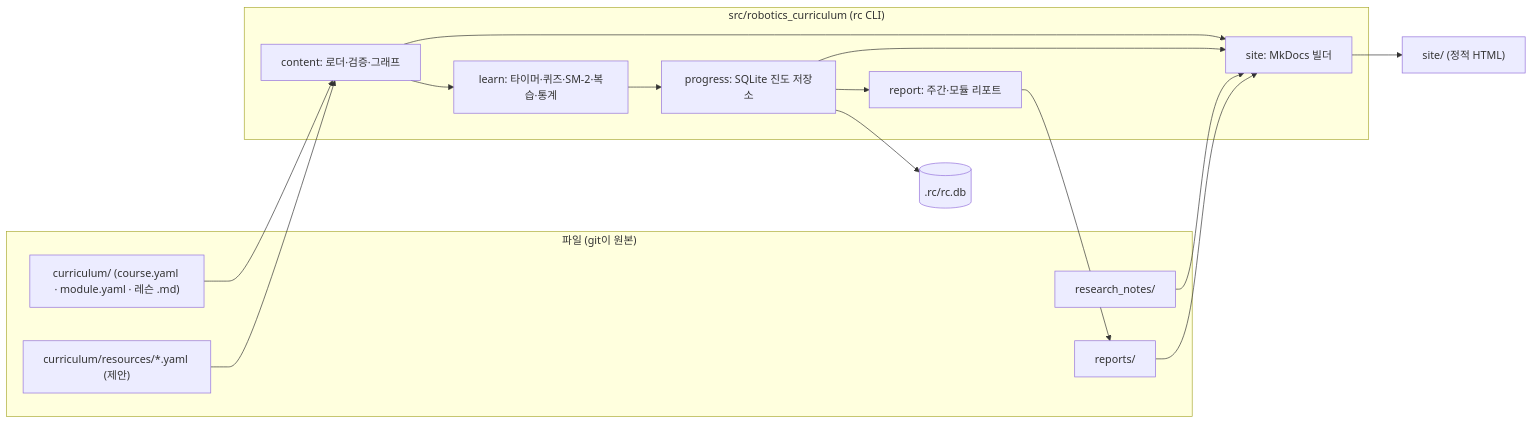
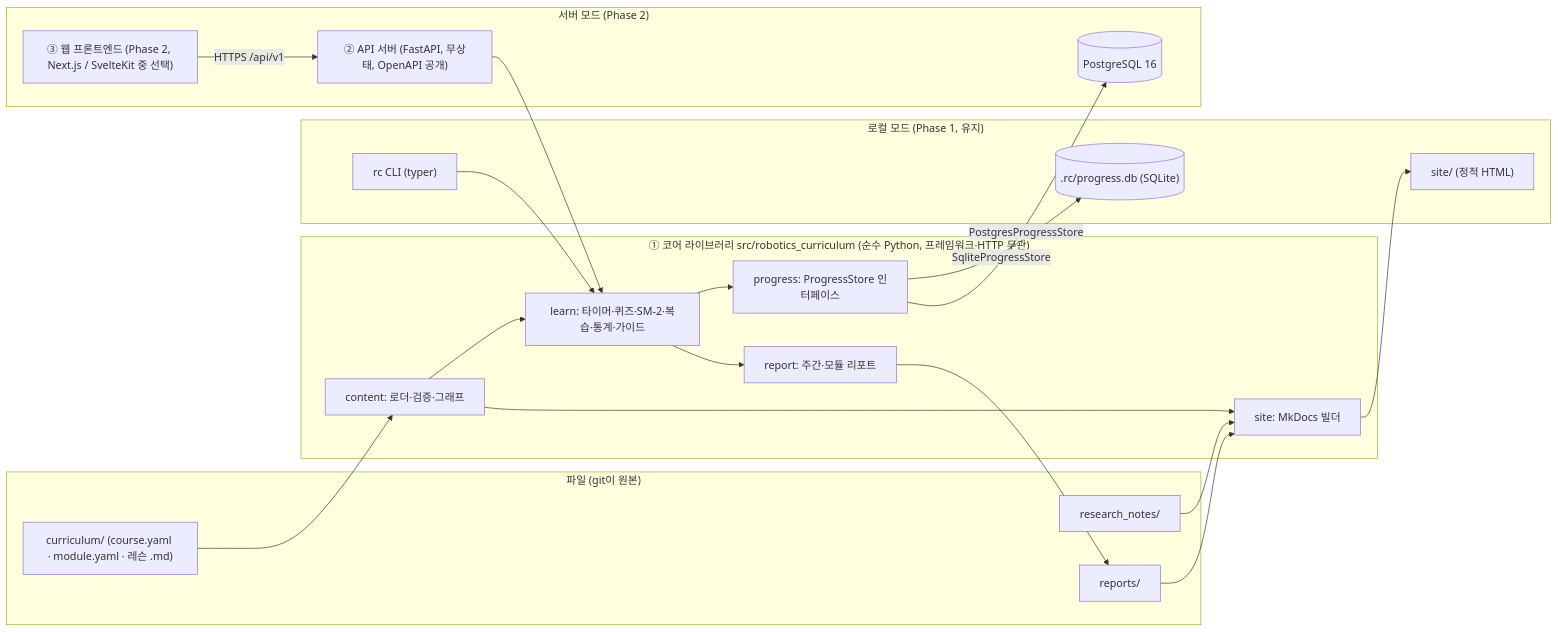
Before and after one commit to Lee-Hyeong-Jin/devjinlab_robotics_curriculum: the first of 3 diagrams in docs/platform-design.md, drawn with Mermaid. The commit also changed other lines of this file and 3 other files, not shown here.

First line of the commit message:
docs: platform design v0.4 — 3-tier architecture, auth/ops architecture docs, OpenAPI draft, align with PRD v0.7 and implementation

````diff
--- a/docs/platform-design.md
+++ b/docs/platform-design.md
@@ -27,31 +34,40 @@
 ```mermaid
 flowchart LR
   subgraph Files["파일 (git이 원본)"]
     CUR["curriculum/ (course.yaml · module.yaml · 레슨 .md)"]
-    RES["curriculum/resources/*.yaml (제안)"]
     RN["research_notes/"]
     REP["reports/"]
   end
 
-  subgraph PKG["src/robotics_curriculum (rc CLI)"]
+  subgraph Core["① 코어 라이브러리 src/robotics_curriculum (순수 Python, 프레임워크·HTTP 무관)"]
     CONTENT["content: 로더·검증·그래프"]
-    PROGRESS["progress: SQLite 진도 저장소"]
-    LEARN["learn: 타이머·퀴즈·SM-2·복습·통계"]
+    LEARN["learn: 타이머·퀴즈·SM-2·복습·통계·가이드"]
+    PROGRESS["progress: ProgressStore 인터페이스"]
     REPORT["report: 주간·모듈 리포트"]
     SITE["site: MkDocs 빌더"]
   end
 
-  DB[(".rc/rc.db")]
-  SITEOUT["site/ (정적 HTML)"]
+  subgraph Local["로컬 모드 (Phase 1, 유지)"]
+    CLI["rc CLI (typer)"]
+    SQLITE[(".rc/progress.db (SQLite)")]
+    SITEOUT["site/ (정적 HTML)"]
+  end
+
+  subgraph Server["서버 모드 (Phase 2)"]
+    API["② API 서버 (FastAPI, 무상태, OpenAPI 공개)"]
+    PG[("PostgreSQL 16")]
+    WEB["③ 웹 프론트엔드 (Phase 2, Next.js / SvelteKit 중 선택)"]
+  end
 
   CUR --> CONTENT
-  RES --> CONTENT
-  CONTENT --> LEARN
-  LEARN --> PROGRESS --> DB
-  PROGRESS --> REPORT --> REP
-  CONTENT --> SITE
-  PROGRESS --> SITE
   RN --> SITE
   REP --> SITE
-  SITE --> SITEOUT
+  CONTENT --> LEARN --> PROGRESS
+  LEARN --> REPORT --> REP
+  CONTENT --> SITE --> SITEOUT
+  CLI --> LEARN
+  PROGRESS -- SqliteProgressStore --> SQLITE
+  API --> LEARN
+  PROGRESS -- PostgresProgressStore --> PG
+  WEB -- HTTPS /api/v1 --> API
 ```
````
